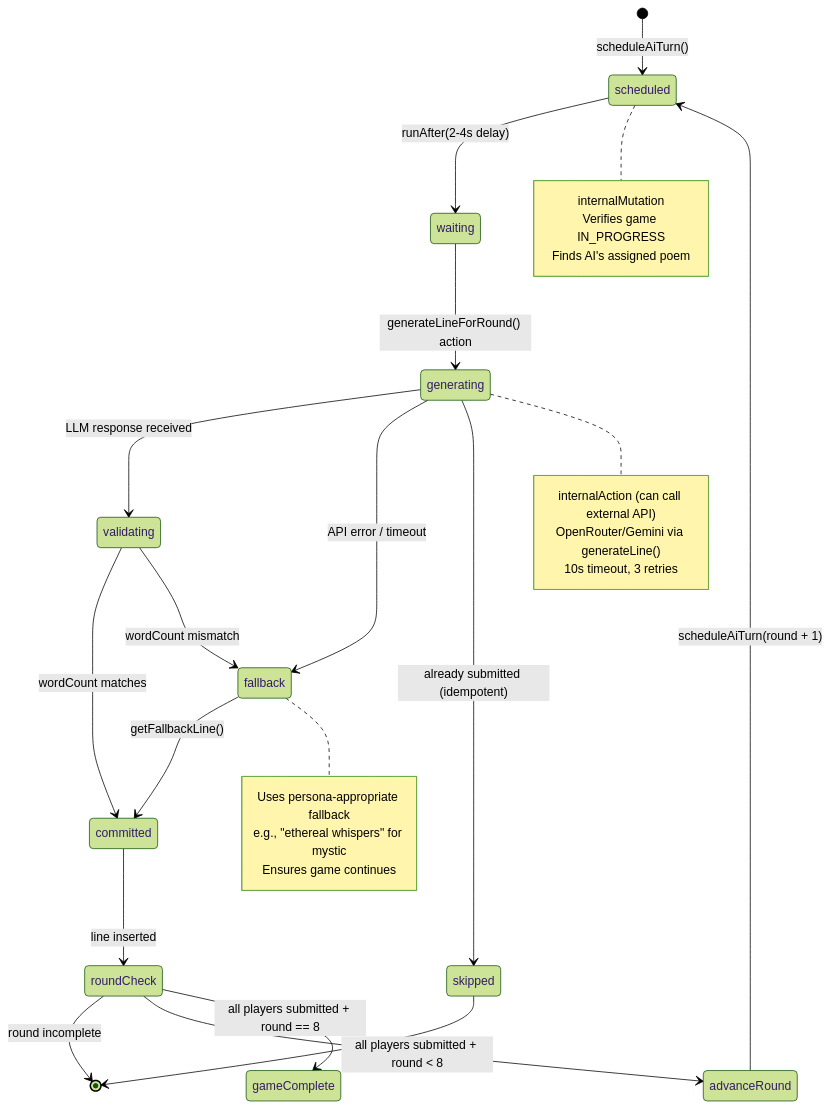
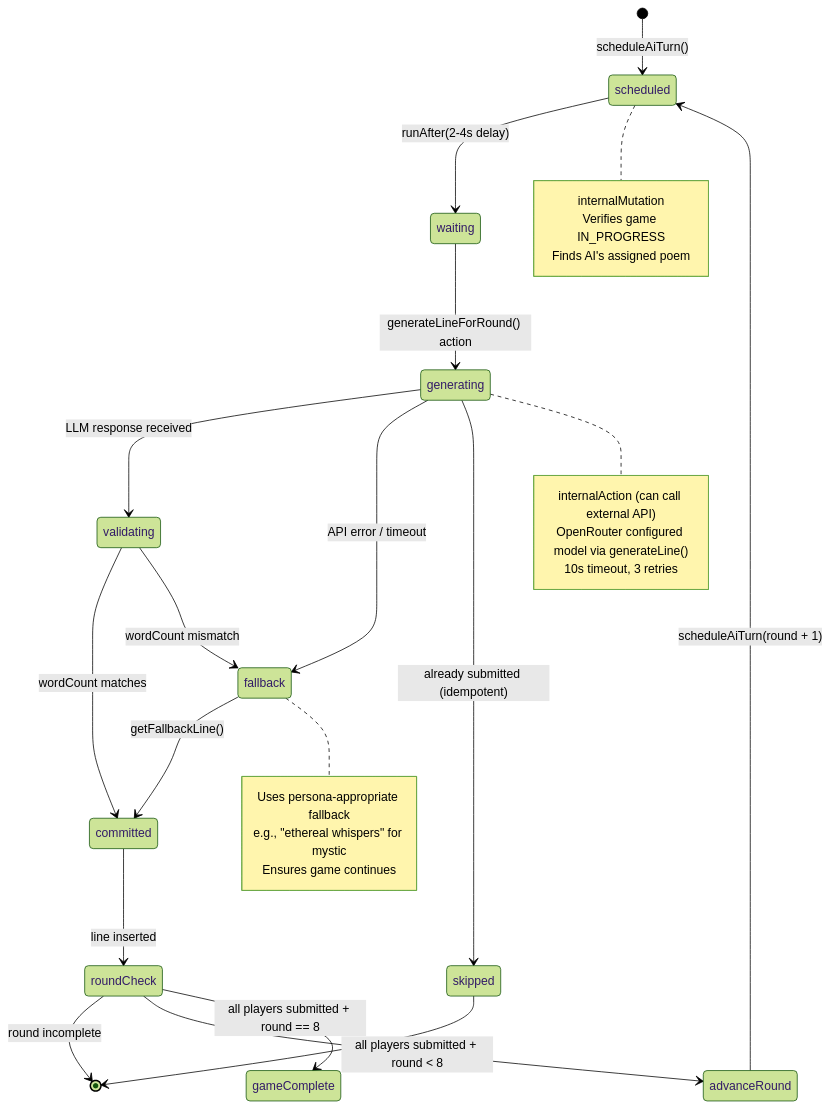
The third of 7 diagrams in docs/state-diagrams.md (misty-step/linejam), drawn with Mermaid (forest theme) before and after one commit. The commit also changed other lines of this file and 17 other files, not shown here.

````diff
--- a/docs/state-diagrams.md
+++ b/docs/state-diagrams.md
@@ -106,45 +106,45 @@
 ```mermaid
 stateDiagram-v2
     [*] --> scheduled : scheduleAiTurn()
 
     scheduled --> waiting : runAfter(2-4s delay)
 
     waiting --> generating : generateLineForRound() action
 
     generating --> validating : LLM response received
     generating --> fallback : API error / timeout
     generating --> skipped : already submitted (idempotent)
 
     validating --> committed : wordCount matches
     validating --> fallback : wordCount mismatch
 
     fallback --> committed : getFallbackLine()
 
     committed --> roundCheck : line inserted
 
     roundCheck --> [*] : round incomplete
     roundCheck --> advanceRound : all players submitted + round < 8
     roundCheck --> gameComplete : all players submitted + round == 8
 
     advanceRound --> scheduled : scheduleAiTurn(round + 1)
 
     skipped --> [*]
 
     note right of scheduled
         internalMutation
         Verifies game IN_PROGRESS
         Finds AI's assigned poem
     end note
 
     note right of generating
         internalAction (can call external API)
-        OpenRouter/Gemini via generateLine()
+        OpenRouter configured model via generateLine()
         10s timeout, 3 retries
     end note
 
     note right of fallback
         Uses persona-appropriate fallback
         e.g., "ethereal whispers" for mystic
         Ensures game continues
     end note
 ```
````
